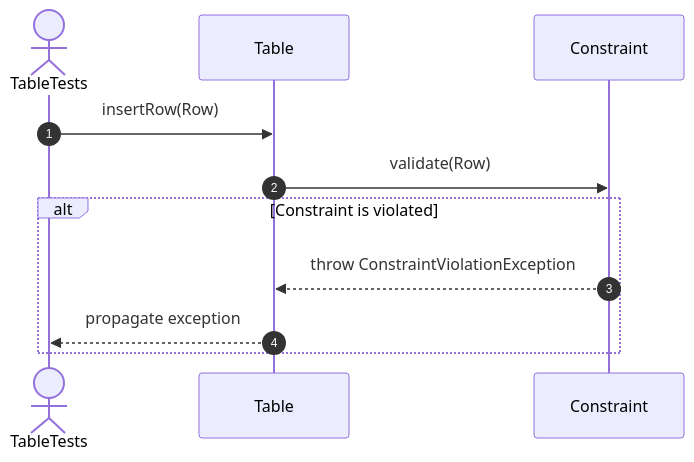
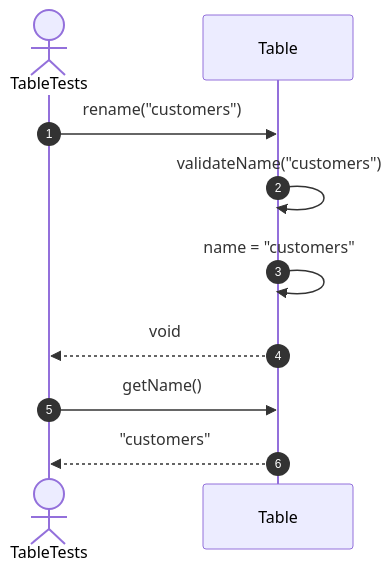
Before and after one commit to FhuAnn/-bbv-AN-s-DBMS: the tenth of 53 diagrams in src/tests/unit/metadata/sequences/tables-testing.se.md, drawn with Mermaid. The commit also changed other lines of this file and 7 other files, not shown here.

Commit message:
table and row run test successfully

````diff
--- a/src/tests/unit/metadata/sequences/tables-testing.se.md
+++ b/src/tests/unit/metadata/sequences/tables-testing.se.md
@@ -180,15 +168,13 @@
 ```mermaid
 sequenceDiagram
     autonumber
     actor Test as TableTests
     participant Table as Table
-    participant Constraint as Constraint
 
-    Test->>Table: insertRow(Row)
-    Table->>Constraint: validate(Row)
-
-    alt Constraint is violated
-        Constraint-->>Table: throw ConstraintViolationException
-        Table-->>Test: propagate exception
-    end
+    Test->>Table: rename("customers")
+    Table->>Table: validateName("customers")
+    Table->>Table: name = "customers"
+    Table-->>Test: void
+    Test->>Table: getName()
+    Table-->>Test: "customers"
 ```
````
